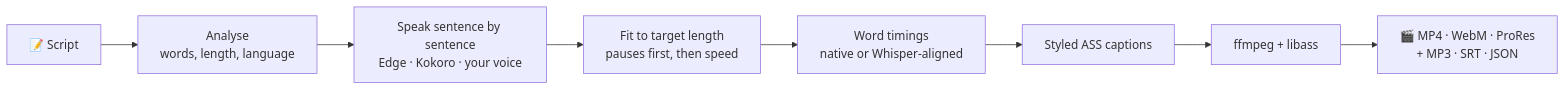
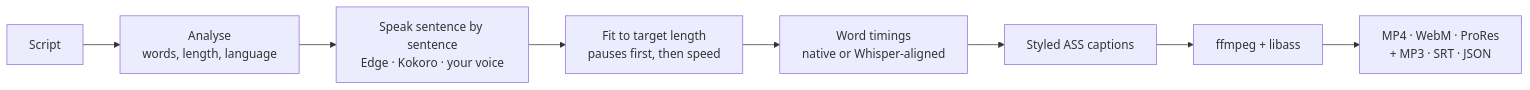
Before and after one commit to SanTiwari07/NarraReel: the diagram in README.md, drawn with Mermaid. The commit also changed other lines of this file and 1 other file, not shown here.

````diff
--- a/README.md
+++ b/README.md
@@ -240,10 +278,10 @@
 ```mermaid
 flowchart LR
-    A["📝 Script"] --> B["Analyse<br/>words, length, language"]
+    A["Script"] --> B["Analyse<br/>words, length, language"]
     B --> C["Speak sentence by sentence<br/>Edge · Kokoro · your voice"]
     C --> D["Fit to target length<br/>pauses first, then speed"]
     D --> E["Word timings<br/>native or Whisper-aligned"]
     E --> F["Styled ASS captions"]
     F --> G["ffmpeg + libass"]
-    G --> H["🎬 MP4 · WebM · ProRes<br/>+ MP3 · SRT · JSON"]
+    G --> H["MP4 · WebM · ProRes<br/>+ MP3 · SRT · JSON"]
 ```
````
